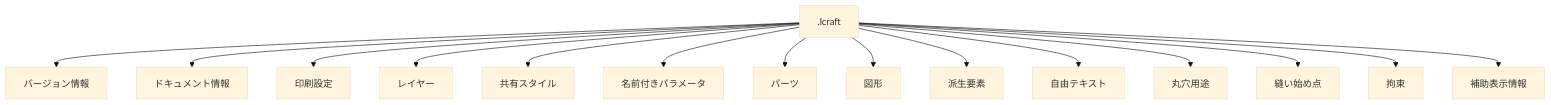
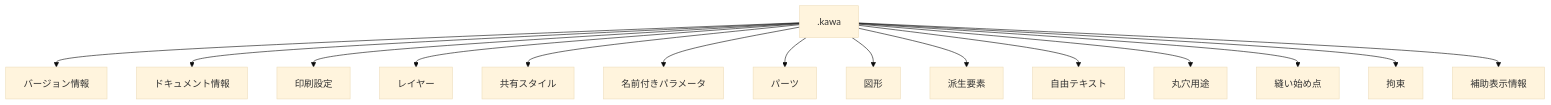
One commit to t-shin-komae/kawacad changed the diagram in docs/spec/file-format-spec.md. Above: the diagram before and after it, drawn with Mermaid (base theme). The commit also changed other lines of this file and 45 other files, not shown here.

````diff
--- a/docs/spec/file-format-spec.md
+++ b/docs/spec/file-format-spec.md
@@ -29,17 +29,17 @@
 ```mermaid
 flowchart TB
-    File[".lcraft"] --> Version["バージョン情報"]
+    File[".kawa"] --> Version["バージョン情報"]
     File --> Document["ドキュメント情報"]
     File --> Settings["印刷設定"]
     File --> Layers["レイヤー"]
     File --> SharedStyles["共有スタイル"]
     File --> Parameters["名前付きパラメータ"]
     File --> Parts["パーツ"]
     File --> Entities["図形"]
     File --> Derived["派生要素"]
     File --> FreeTexts["自由テキスト"]
     File --> RoundHoles["丸穴用途"]
     File --> StitchStartPoints["縫い始め点"]
     File --> Constraints["拘束"]
     File --> ViewAnnotations["補助表示情報"]
 ```
````
